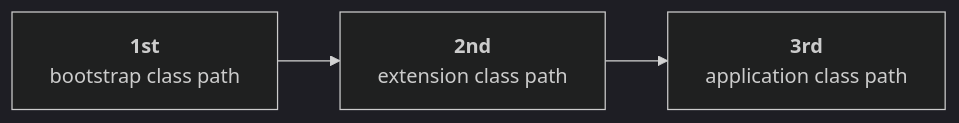
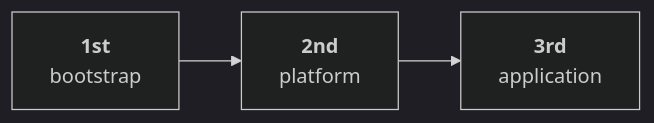
One commit to Dummy-Bug/system-design-handbook changed the second of 2 diagrams in Java/DURGA/JVM-ARCHITECTURE/03-How-The-Class-Loader-Works.md. Above: the diagram before and after it, drawn with Mermaid (dark theme). The commit also changed other lines of this file and 8 other files, not shown here.

````diff
--- a/Java/DURGA/JVM-ARCHITECTURE/03-How-The-Class-Loader-Works.md
+++ b/Java/DURGA/JVM-ARCHITECTURE/03-How-The-Class-Loader-Works.md
@@ -93,4 +78,4 @@
 ```mermaid
 flowchart LR
-    B["<b>1st</b><br/>bootstrap class path"] --> E["<b>2nd</b><br/>extension class path"] --> A["<b>3rd</b><br/>application class path"]
+    B["<b>1st</b><br/>bootstrap"] --> E["<b>2nd</b><br/>platform"] --> A["<b>3rd</b><br/>application"]
 ```
````
